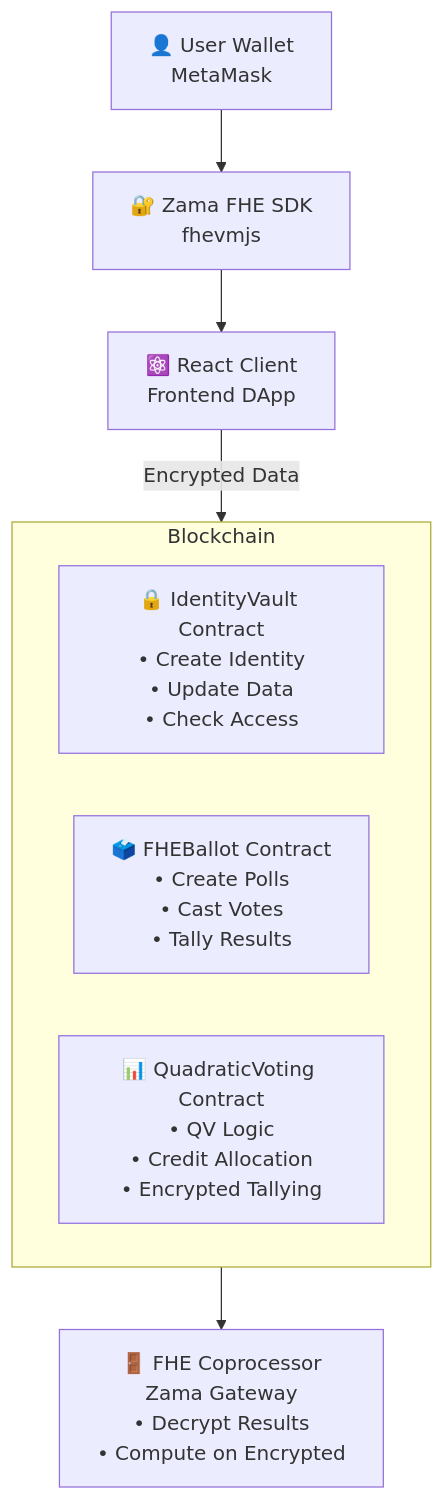
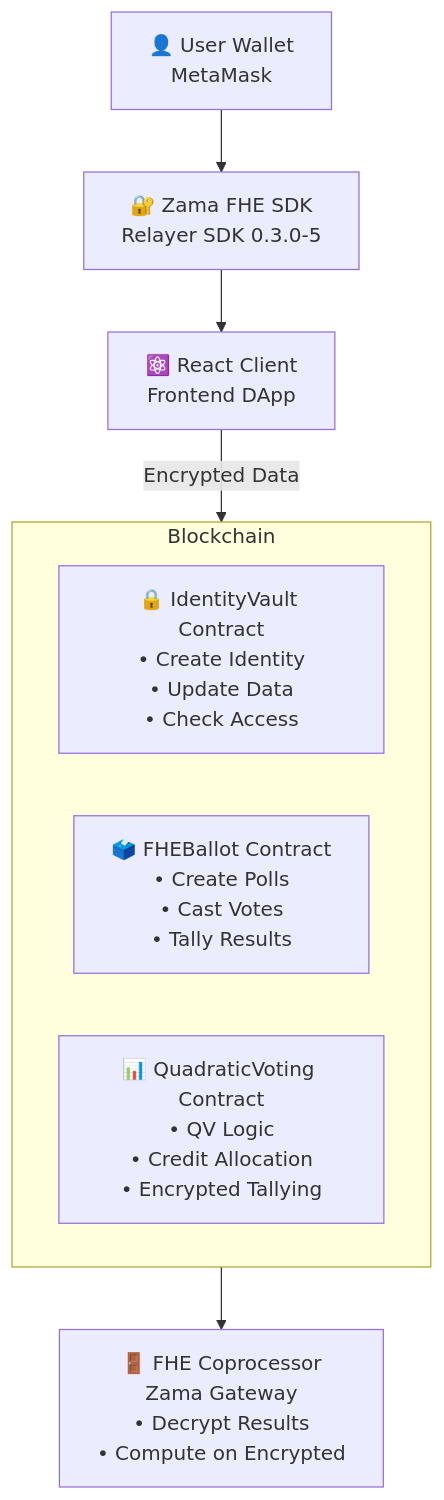
The first of 3 diagrams in README.md (c3t2n95y5k/FHE-Identity-Vault), drawn with Mermaid before and after one commit. The commit also changed other lines of this file, not shown here.

````diff
--- a/README.md
+++ b/README.md
@@ -108,14 +109,14 @@
 ```mermaid
 graph TD
-    User[👤 User Wallet<br/>MetaMask] --> SDK[🔐 Zama FHE SDK<br/>fhevmjs]
+    User[👤 User Wallet<br/>MetaMask] --> SDK[🔐 Zama FHE SDK<br/>Relayer SDK 0.3.0-5]
     SDK --> Frontend[⚛️ React Client<br/>Frontend DApp]
     Frontend -->|Encrypted Data| Blockchain[📦 Ethereum Sepolia Testnet]
 
     subgraph Blockchain
         IDVault[🔒 IdentityVault Contract<br/>• Create Identity<br/>• Update Data<br/>• Check Access]
         Ballot[🗳️ FHEBallot Contract<br/>• Create Polls<br/>• Cast Votes<br/>• Tally Results]
         QV[📊 QuadraticVoting Contract<br/>• QV Logic<br/>• Credit Allocation<br/>• Encrypted Tallying]
     end
 
     Blockchain --> Gateway[🚪 FHE Coprocessor<br/>Zama Gateway<br/>• Decrypt Results<br/>• Compute on Encrypted]
 ```
````
